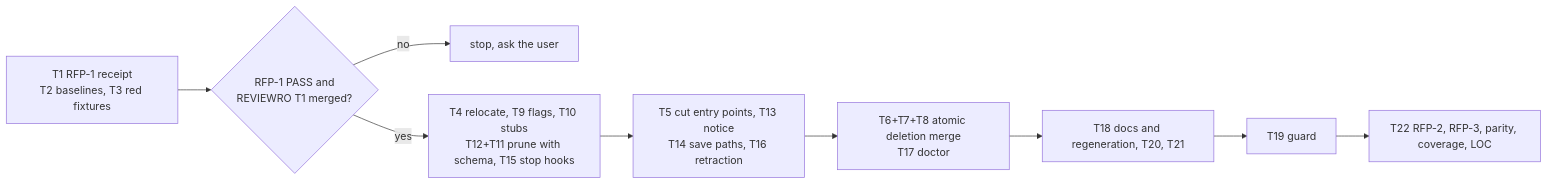
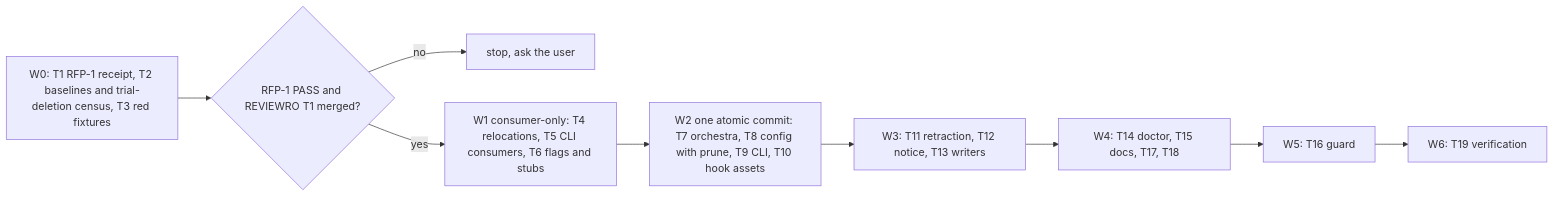
The diagram in .autopus/specs/SPEC-PANERM-001/plan.md (autopus-ai/autopus-adk), drawn with Mermaid before and after one commit. The commit also changed other lines of this file and 15 other files, not shown here.

````diff
--- a/.autopus/specs/SPEC-PANERM-001/plan.md
+++ b/.autopus/specs/SPEC-PANERM-001/plan.md
@@ -97,10 +101,9 @@
 ```mermaid
 flowchart LR
-  G0[T1 RFP-1 receipt<br/>T2 baselines, T3 red fixtures] --> X{RFP-1 PASS and<br/>REVIEWRO T1 merged?}
+  G0[W0: T1 RFP-1 receipt, T2 baselines and trial-deletion census, T3 red fixtures] --> X{RFP-1 PASS and REVIEWRO T1 merged?}
   X -- no --> STOP[stop, ask the user]
-  X -- yes --> W1[T4 relocate, T9 flags, T10 stubs<br/>T12+T11 prune with schema, T15 stop hooks]
-  W1 --> W2[T5 cut entry points, T13 notice<br/>T14 save paths, T16 retraction]
-  W2 --> W3[T6+T7+T8 atomic deletion merge<br/>T17 doctor]
-  W3 --> W4[T18 docs and regeneration, T20, T21]
-  W4 --> W5[T19 guard] --> W6[T22 RFP-2, RFP-3, parity, coverage, LOC]
+  X -- yes --> W1[W1 consumer-only: T4 relocations, T5 CLI consumers, T6 flags and stubs]
+  W1 --> W2[W2 one atomic commit: T7 orchestra, T8 config with prune, T9 CLI, T10 hook assets]
+  W2 --> W3[W3: T11 retraction, T12 notice, T13 writers] --> W4[W4: T14 doctor, T15 docs, T17, T18]
+  W4 --> W5[W5: T16 guard] --> W6[W6: T19 verification]
 ```
````
